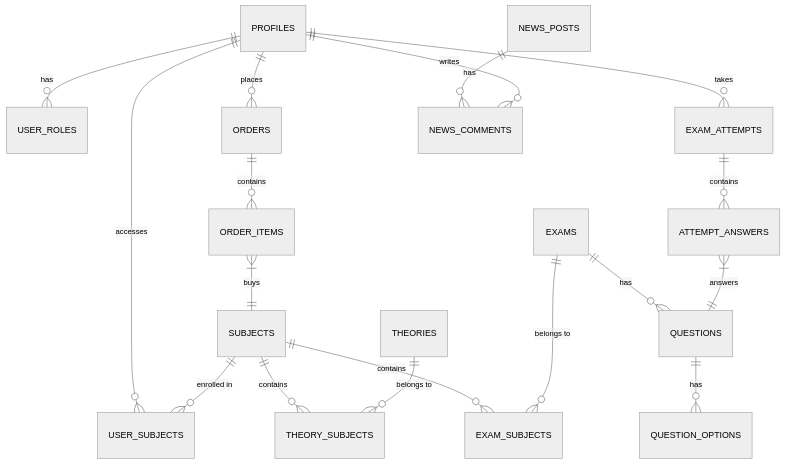
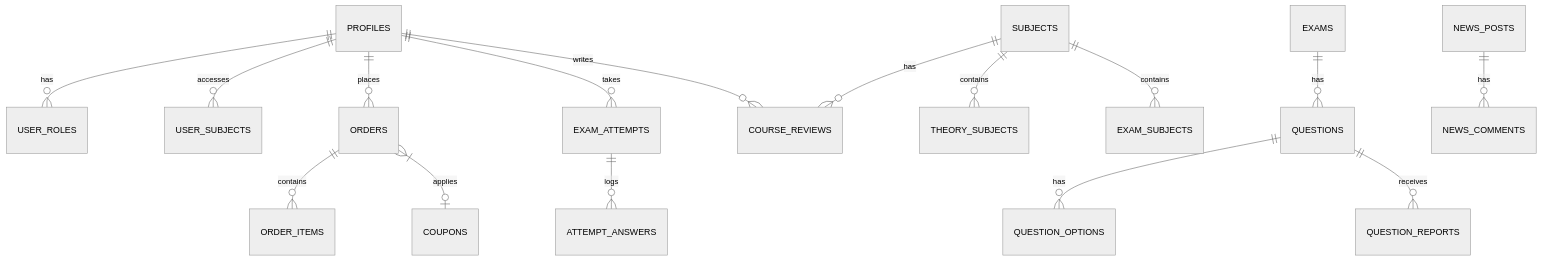
Before and after one commit to tuanfptu122005194908/tqmaster: the second of 2 diagrams in README.md, drawn with Mermaid (neutral theme). The commit also changed other lines of this file, not shown here.

````diff
--- a/README.md
+++ b/README.md
@@ -93,26 +101,23 @@
 ```mermaid
 erDiagram
     PROFILES ||--o{ USER_ROLES : has
     PROFILES ||--o{ USER_SUBJECTS : accesses
     PROFILES ||--o{ ORDERS : places
     PROFILES ||--o{ EXAM_ATTEMPTS : takes
+    PROFILES ||--o{ COURSE_REVIEWS : writes
     
-    SUBJECTS ||--o{ USER_SUBJECTS : "enrolled in"
     SUBJECTS ||--o{ THEORY_SUBJECTS : contains
     SUBJECTS ||--o{ EXAM_SUBJECTS : contains
+    SUBJECTS ||--o{ COURSE_REVIEWS : has
     
     ORDERS ||--o{ ORDER_ITEMS : contains
-    ORDER_ITEMS }|--|| SUBJECTS : buys
-    
-    THEORIES ||--o{ THEORY_SUBJECTS : "belongs to"
-    EXAMS ||--o{ EXAM_SUBJECTS : "belongs to"
+    ORDERS }|--o| COUPONS : applies
     
     EXAMS ||--o{ QUESTIONS : has
     QUESTIONS ||--o{ QUESTION_OPTIONS : has
+    QUESTIONS ||--o{ QUESTION_REPORTS : receives
     
-    EXAM_ATTEMPTS ||--o{ ATTEMPT_ANSWERS : contains
-    ATTEMPT_ANSWERS }|--|| QUESTIONS : answers
+    EXAM_ATTEMPTS ||--o{ ATTEMPT_ANSWERS : logs
     
     NEWS_POSTS ||--o{ NEWS_COMMENTS : has
-    PROFILES ||--o{ NEWS_COMMENTS : writes
 ```
````
